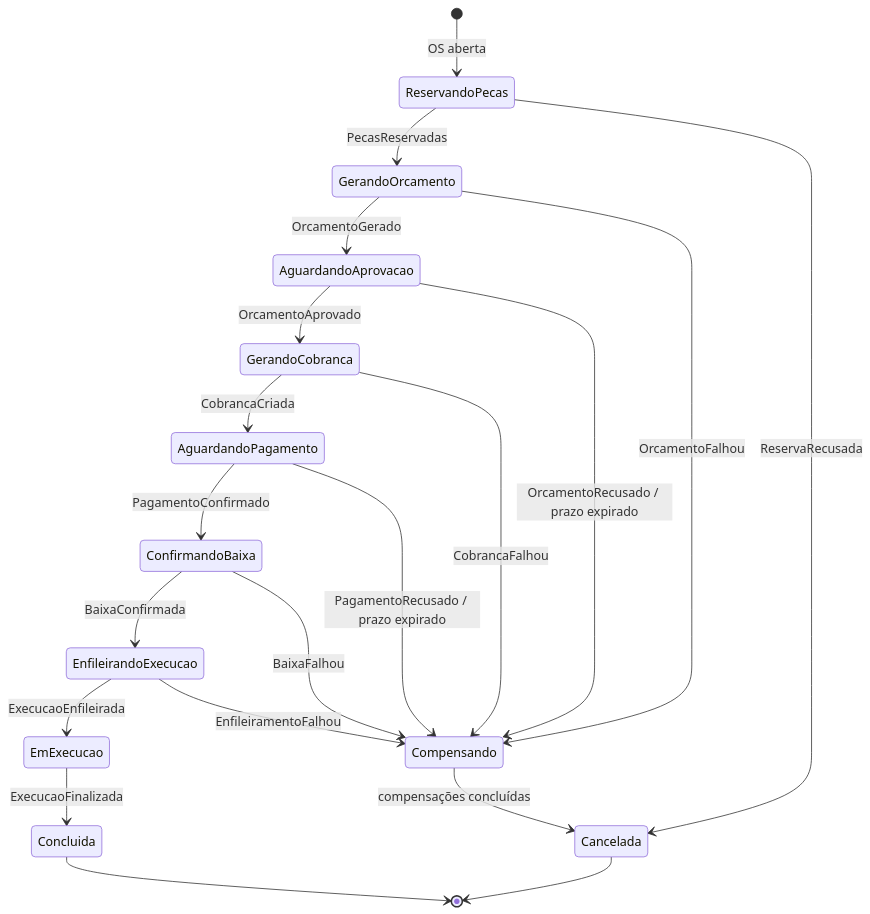
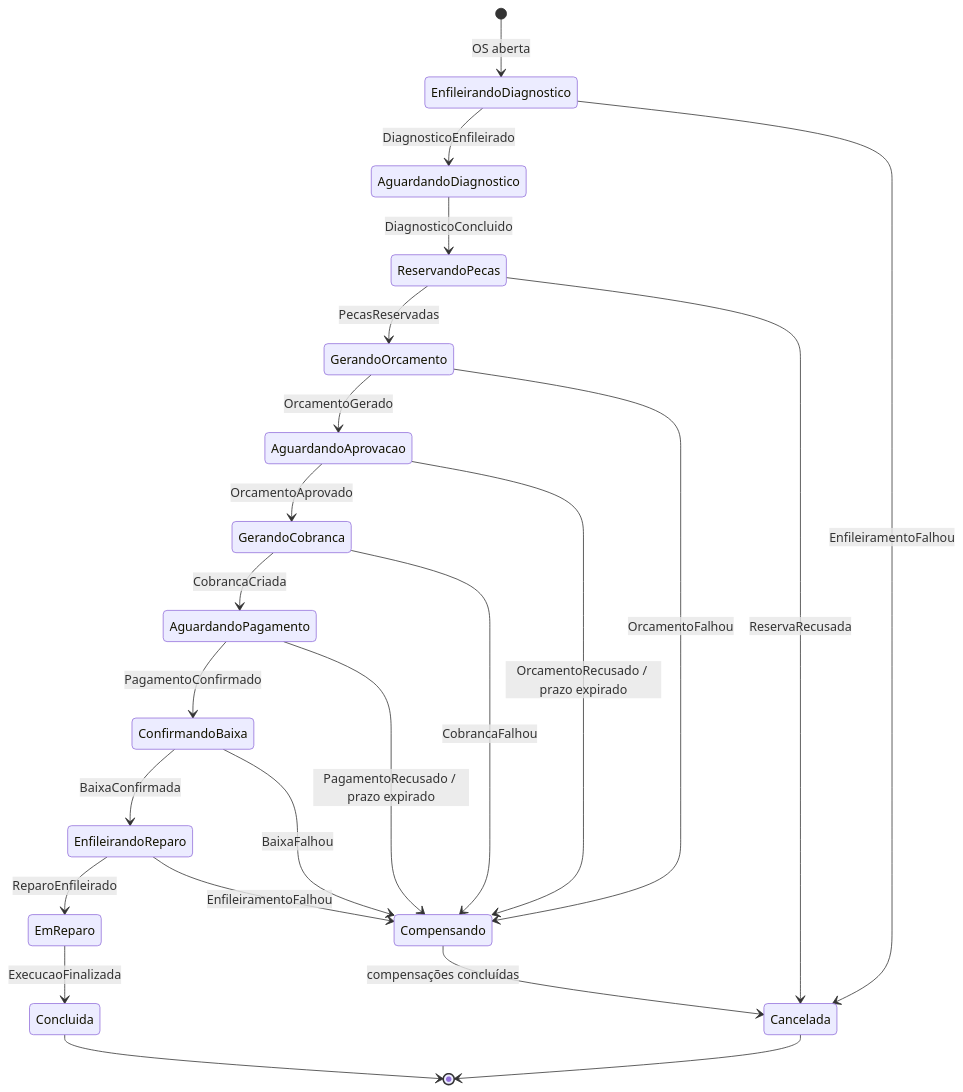
Before and after one commit to phantosmia/oficina-mecanica-fiap: the diagram in docs/adrs/0008-saga-orquestrada-no-os-service.md, drawn with Mermaid. The commit also changed other lines of this file and 5 other files, not shown here.

````diff
--- a/docs/adrs/0008-saga-orquestrada-no-os-service.md
+++ b/docs/adrs/0008-saga-orquestrada-no-os-service.md
@@ -20,22 +20,25 @@
 ```mermaid
 stateDiagram-v2
-    [*] --> ReservandoPecas: OS aberta
+    [*] --> EnfileirandoDiagnostico: OS aberta
+    EnfileirandoDiagnostico --> AguardandoDiagnostico: DiagnosticoEnfileirado
+    EnfileirandoDiagnostico --> Cancelada: EnfileiramentoFalhou
+    AguardandoDiagnostico --> ReservandoPecas: DiagnosticoConcluido
     ReservandoPecas --> GerandoOrcamento: PecasReservadas
     ReservandoPecas --> Cancelada: ReservaRecusada
     GerandoOrcamento --> AguardandoAprovacao: OrcamentoGerado
     GerandoOrcamento --> Compensando: OrcamentoFalhou
     AguardandoAprovacao --> GerandoCobranca: OrcamentoAprovado
     AguardandoAprovacao --> Compensando: OrcamentoRecusado / prazo expirado
     GerandoCobranca --> AguardandoPagamento: CobrancaCriada
     GerandoCobranca --> Compensando: CobrancaFalhou
     AguardandoPagamento --> ConfirmandoBaixa: PagamentoConfirmado
     AguardandoPagamento --> Compensando: PagamentoRecusado / prazo expirado
-    ConfirmandoBaixa --> EnfileirandoExecucao: BaixaConfirmada
+    ConfirmandoBaixa --> EnfileirandoReparo: BaixaConfirmada
     ConfirmandoBaixa --> Compensando: BaixaFalhou
-    EnfileirandoExecucao --> EmExecucao: ExecucaoEnfileirada
-    EnfileirandoExecucao --> Compensando: EnfileiramentoFalhou
-    EmExecucao --> Concluida: ExecucaoFinalizada
+    EnfileirandoReparo --> EmReparo: ReparoEnfileirado
+    EnfileirandoReparo --> Compensando: EnfileiramentoFalhou
+    EmReparo --> Concluida: ExecucaoFinalizada
     Compensando --> Cancelada: compensações concluídas
     Concluida --> [*]
     Cancelada --> [*]
 ```
````
